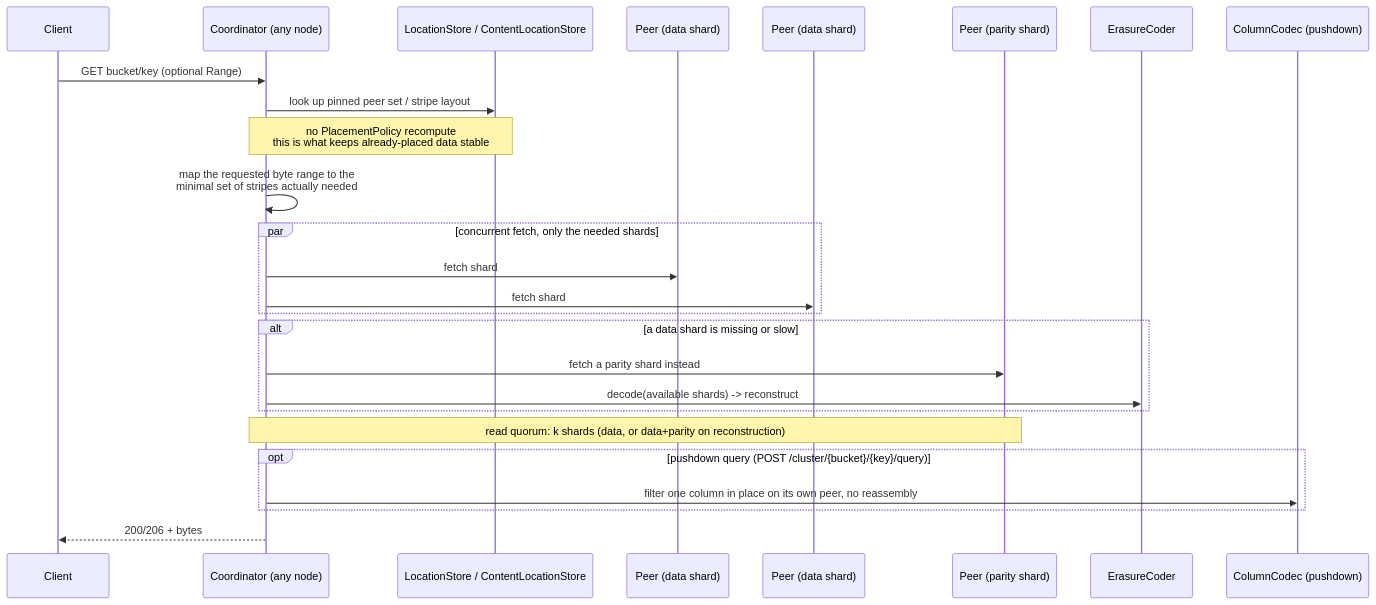
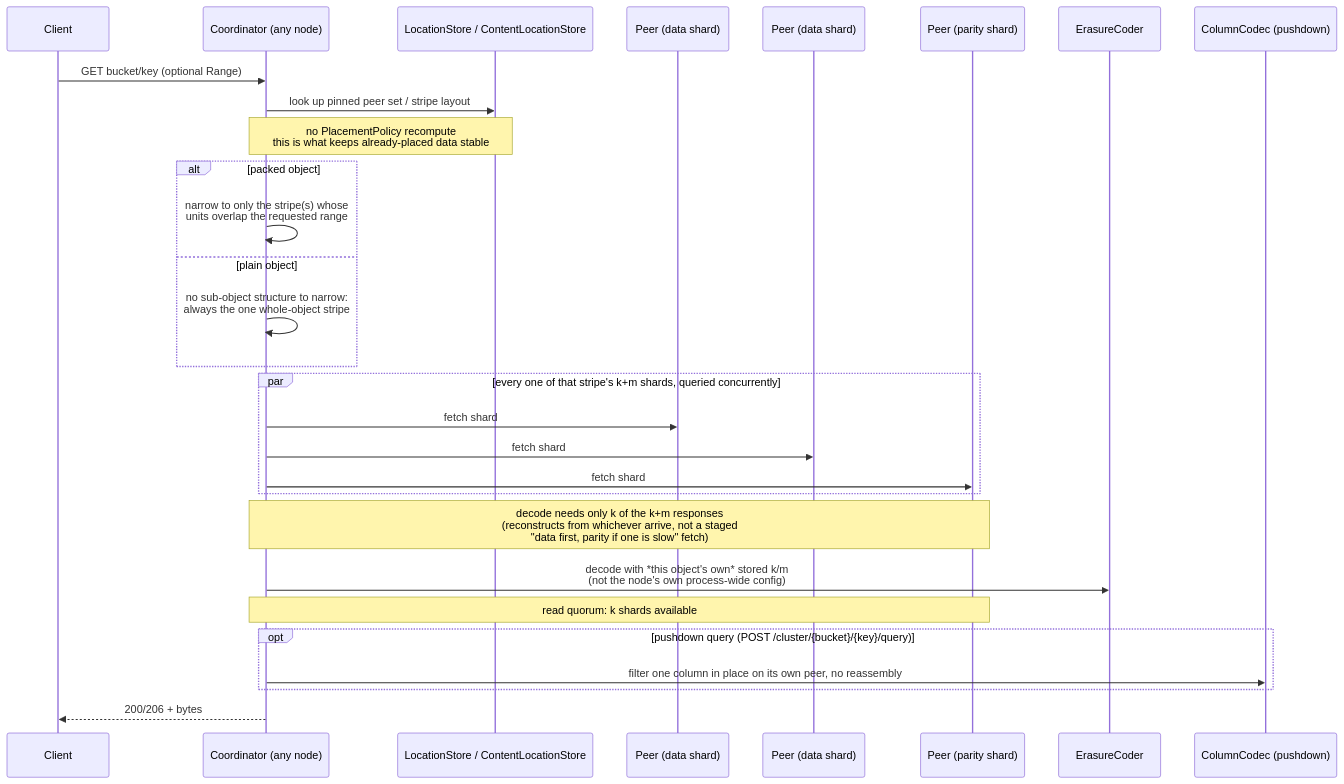
Before and after one commit to vitality-ai/warpdrive: the fourth of 4 diagrams in docs/Technical-Architecture.md, drawn with Mermaid. The commit also changed other lines of this file and 12 other files, not shown here.

````diff
--- a/docs/Technical-Architecture.md
+++ b/docs/Technical-Architecture.md
@@ -148,29 +193,32 @@
 ```mermaid
 sequenceDiagram
     participant C as Client
     participant Co as Coordinator (any node)
     participant LS as LocationStore / ContentLocationStore
     participant P1 as Peer (data shard)
     participant P2 as Peer (data shard)
     participant P3 as Peer (parity shard)
     participant EC as ErasureCoder
     participant PD as ColumnCodec (pushdown)
 
     C->>Co: GET bucket/key (optional Range)
     Co->>LS: look up pinned peer set / stripe layout
     Note over Co,LS: no PlacementPolicy recompute<br/>this is what keeps already-placed data stable
-    Co->>Co: map the requested byte range to the<br/>minimal set of stripes actually needed
-    par concurrent fetch, only the needed shards
+    alt packed object
+        Co->>Co: narrow to only the stripe(s) whose<br/>units overlap the requested range
+    else plain object
+        Co->>Co: no sub-object structure to narrow:<br/>always the one whole-object stripe
+    end
+    par every one of that stripe's k+m shards, queried concurrently
         Co->>P1: fetch shard
         Co->>P2: fetch shard
+        Co->>P3: fetch shard
     end
-    alt a data shard is missing or slow
-        Co->>P3: fetch a parity shard instead
-        Co->>EC: decode(available shards) -> reconstruct
-    end
-    Note over Co,P3: read quorum: k shards (data, or data+parity on reconstruction)
+    Note over Co,P3: decode needs only k of the k+m responses<br/>(reconstructs from whichever arrive, not a staged<br/>"data first, parity if one is slow" fetch)
+    Co->>EC: decode with *this object's own* stored k/m<br/>(not the node's own process-wide config)
+    Note over Co,P3: read quorum: k shards available
     opt pushdown query (POST /cluster/{bucket}/{key}/query)
         Co->>PD: filter one column in place on its own peer, no reassembly
     end
     Co-->>C: 200/206 + bytes
 ```
````
